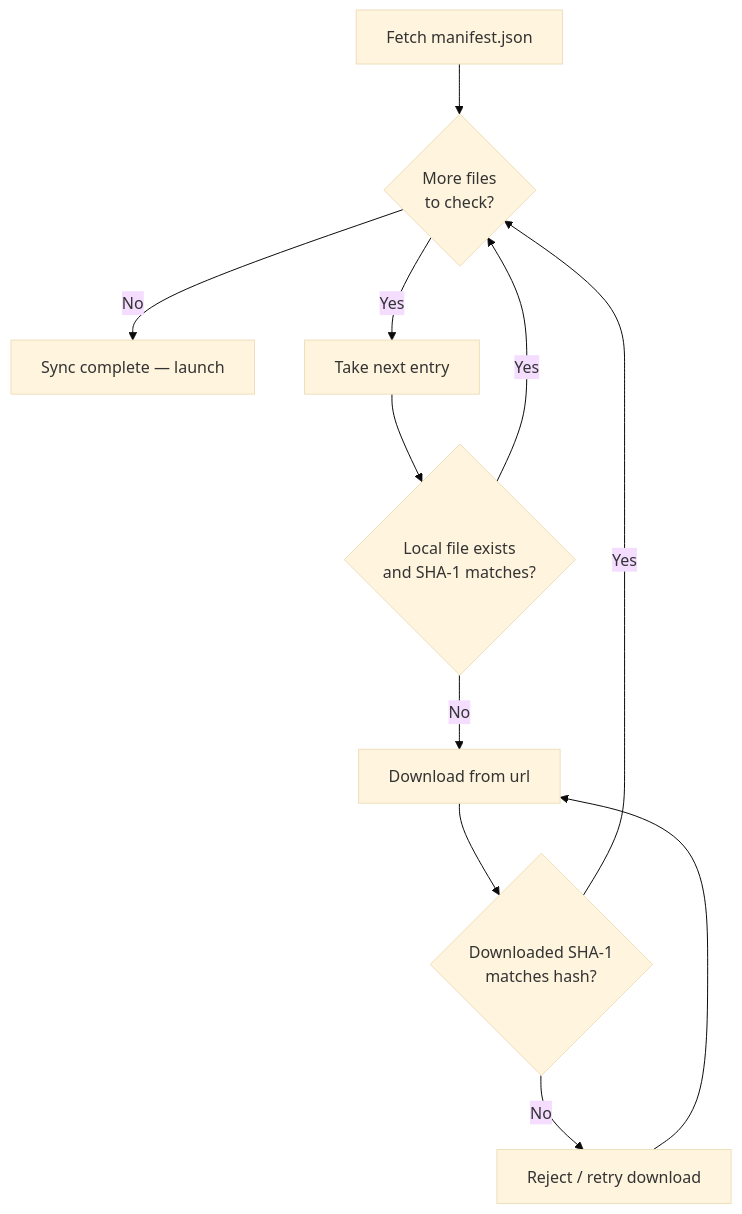
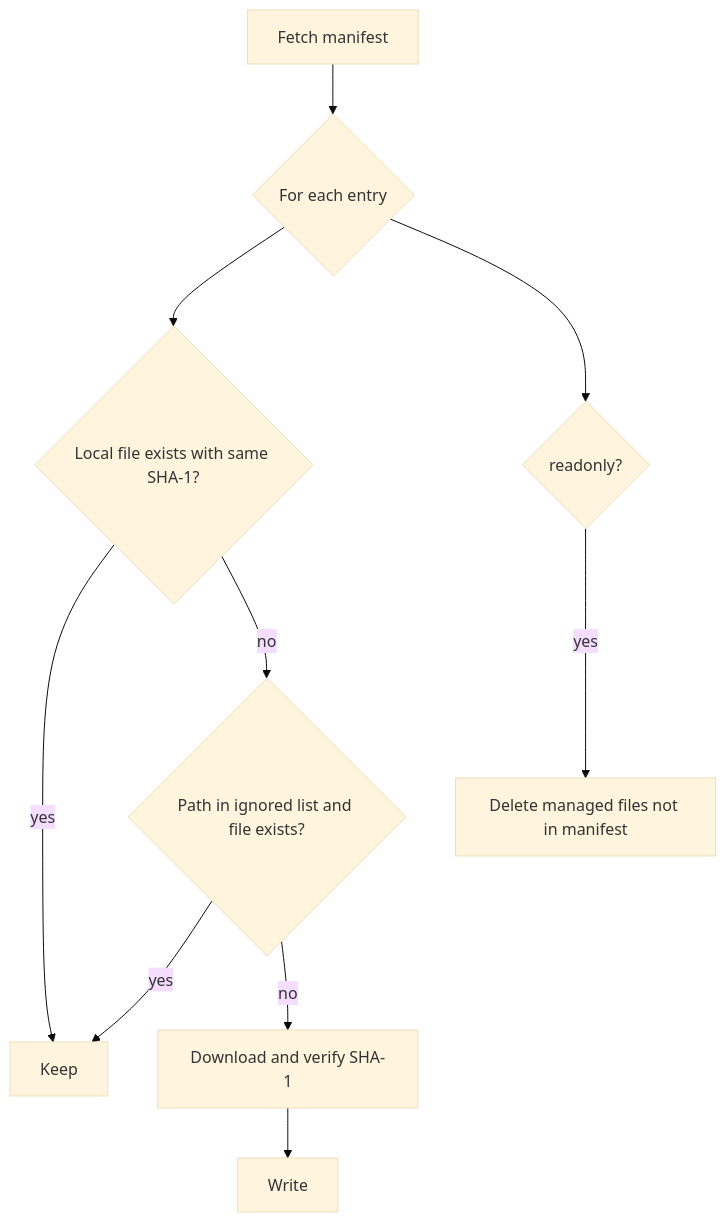
One commit to alice-magic/wiki changed the diagram in en/neko-launcher/instance-manifest.md. Above: the diagram before and after it, drawn with Mermaid (base theme). The commit also changed other lines of this file and 43 other files, not shown here.

````diff
--- a/en/neko-launcher/instance-manifest.md
+++ b/en/neko-launcher/instance-manifest.md
@@ -45,13 +44,12 @@
 ```mermaid
 flowchart TD
-    A[Fetch manifest.json] --> B{More files<br/>to check?}
-    B -->|No| G[Sync complete — launch]
-    B -->|Yes| C[Take next entry]
-    C --> D{Local file exists<br/>and SHA-1 matches?}
-    D -->|Yes| B
-    D -->|No| E[Download from url]
-    E --> F{Downloaded SHA-1<br/>matches hash?}
-    F -->|Yes| B
-    F -->|No| H[Reject / retry download]
-    H --> E
+    A[Fetch manifest] --> B{For each entry}
+    B --> C{Local file exists with same SHA-1?}
+    C -- yes --> D[Keep]
+    C -- no --> E{Path in ignored list and file exists?}
+    E -- yes --> D
+    E -- no --> F[Download and verify SHA-1]
+    F --> G[Write]
+    B --> H{readonly?}
+    H -- yes --> I[Delete managed files not in manifest]
 ```
````
